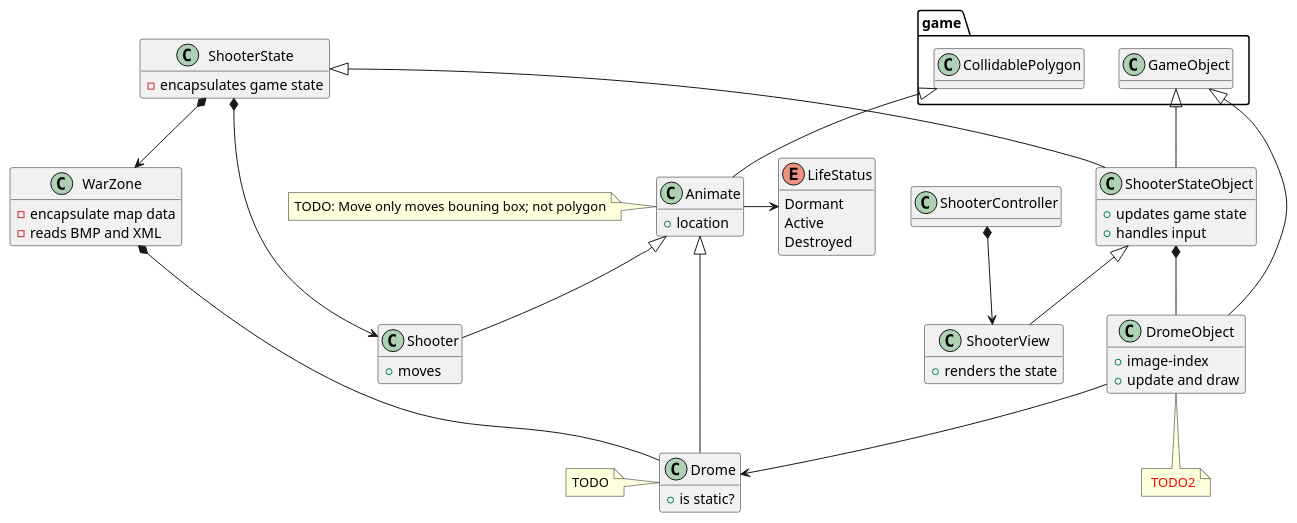
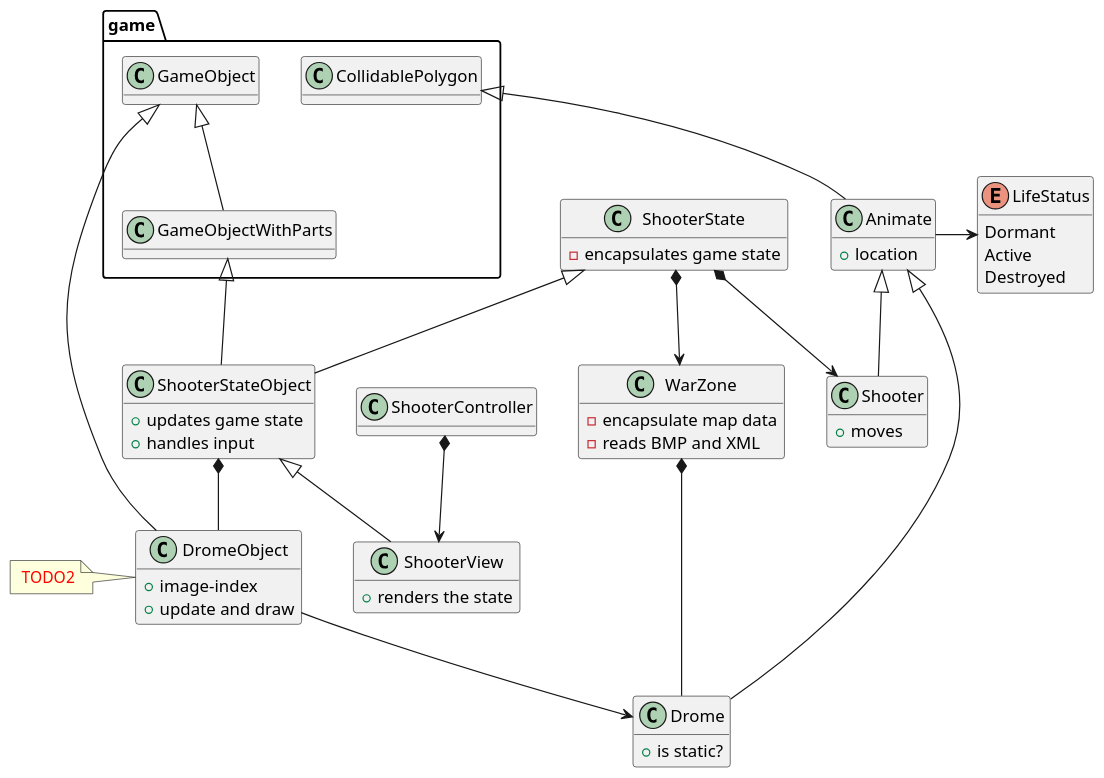
One commit to wduminy/GameEx changed the first of 2 diagrams in shooter/design.md. Above: the diagram before and after it, drawn with PlantUML. The commit also changed other lines of this file and 5 other files, not shown here.

```diff
--- a/shooter/design.md
+++ b/shooter/design.md
@@ -2,71 +2,73 @@
 @startuml
+scale 1.2 
+hide methods
 
-hide methods
+game.GameObject <|-- game.GameObjectWithParts
+
 
 enum LifeStatus {
  Dormant
  Active
  Destroyed
+} 
+
+class Animate { 
+ + location
 }
 
-class Animate {
-+ location
-}
-note left
- TODO: Move only moves bouning box; not polygon
-end note
 
 Animate -> LifeStatus
 game.CollidablePolygon <|-- Animate
 
 class Drome {
-+ is static?
++ is static? 
 }
-note left: TODO
+
 Animate <|-- Drome
 
 Animate <|-- Shooter
 
  
 class DromeObject {
 + image-index
 + update and draw
 } 
-note bottom of DromeObject: <color:red> TODO2
+note left of DromeObject: <color:red> TODO2
 
 DromeObject --> Drome
 game.GameObject <|-- DromeObject
 
 class Shooter {
 + moves
 }
 
 class ShooterState {
 - encapsulates game state
 }
 ShooterState *--> Shooter
 ShooterState *--> WarZone
 
 class ShooterStateObject {
 + updates game state
 + handles input
 }
-game.GameObject <|-- ShooterStateObject
+game.GameObjectWithParts <|-- ShooterStateObject
+
 ShooterStateObject *-- DromeObject
 ShooterState <|-- ShooterStateObject
 
 class WarZone {
 - encapsulate map data
 - reads BMP and XML
 }
 WarZone *-- Drome
 
 class ShooterView {
 + renders the state
 }
 ShooterStateObject <|-- ShooterView
 
 
 ShooterController *--> ShooterView
 
 @enduml
```
